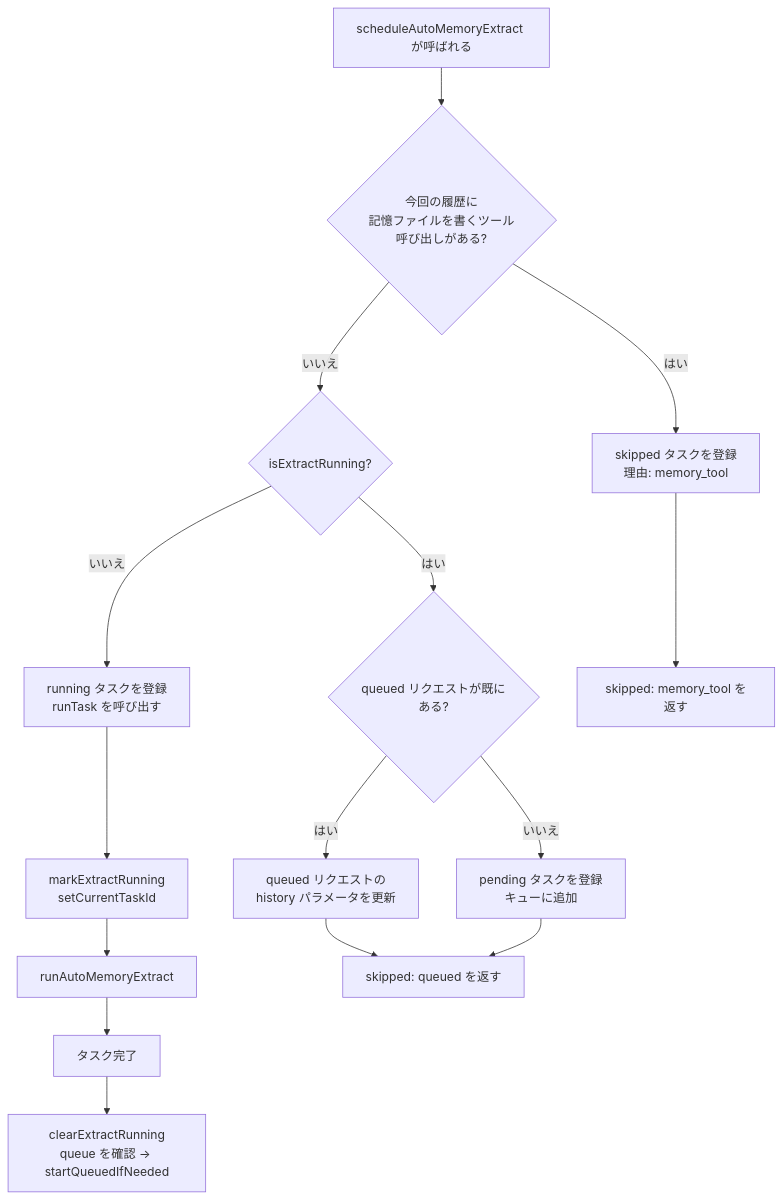
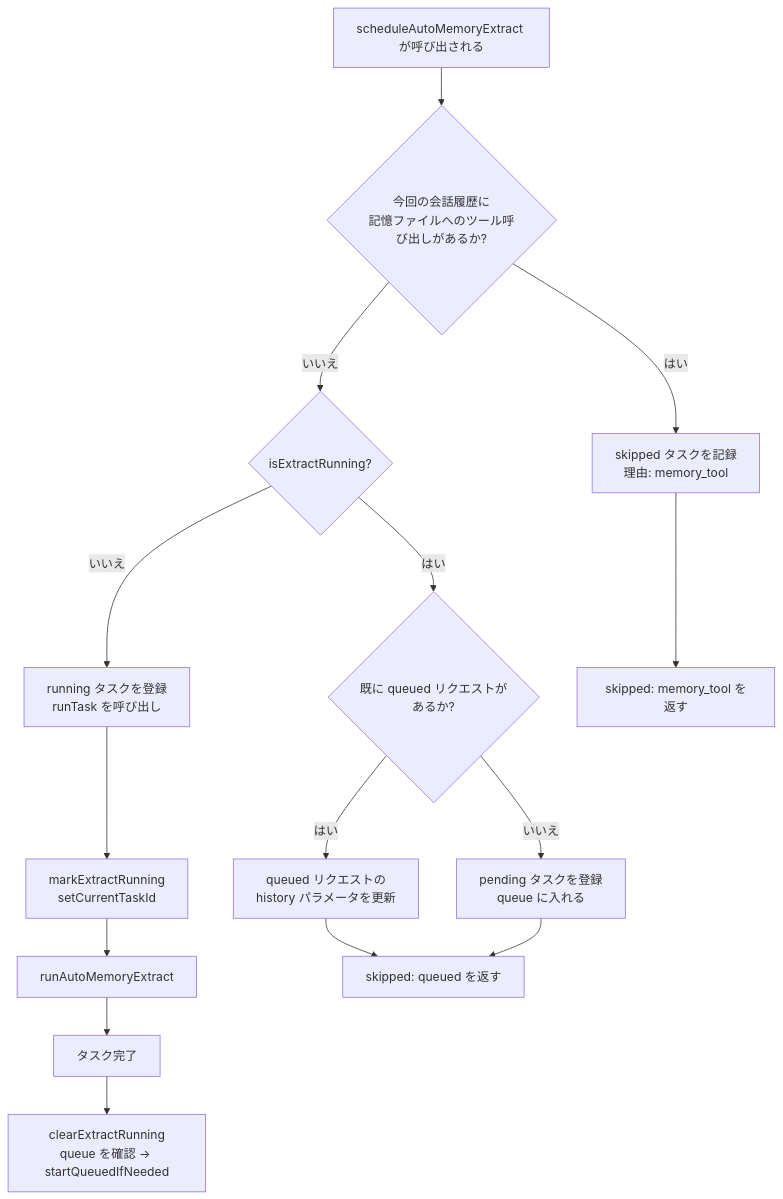
One commit to QwenLM/qwen-code-docs changed the second of 7 diagrams in website/content/ja/design/auto-memory/memory-system.md. Above: the diagram before and after it, drawn with Mermaid. The commit also changed other lines of this file and 1077 other files, not shown here.

````diff
--- a/website/content/ja/design/auto-memory/memory-system.md
+++ b/website/content/ja/design/auto-memory/memory-system.md
@@ -187,17 +188,17 @@
 ```mermaid
 flowchart TD
-    A[scheduleAutoMemoryExtract が呼ばれる] --> B{今回の履歴に\n記憶ファイルを書くツール呼び出しがある?}
-    B -- はい --> C[skipped タスクを登録\n理由: memory_tool]
+    A[scheduleAutoMemoryExtract が呼び出される] --> B{今回の会話履歴に\n記憶ファイルへのツール呼び出しがあるか?}
+    B -- はい --> C[skipped タスクを記録\n理由: memory_tool]
     B -- いいえ --> D{isExtractRunning?}
-    D -- はい --> E{queued リクエストが既にある?}
+    D -- はい --> E{既に queued リクエストがあるか?}
     E -- はい --> F[queued リクエストの\nhistory パラメータを更新]
-    E -- いいえ --> G[pending タスクを登録\nキューに追加]
-    D -- いいえ --> H[running タスクを登録\nrunTask を呼び出す]
+    E -- いいえ --> G[pending タスクを登録\nqueue に入れる]
+    D -- いいえ --> H[running タスクを登録\nrunTask を呼び出し]
     H --> I[markExtractRunning\nsetCurrentTaskId]
     I --> J[runAutoMemoryExtract]
     J --> K[タスク完了]
     K --> L[clearExtractRunning\nqueue を確認 → startQueuedIfNeeded]
     F --> M[skipped: queued を返す]
     G --> M
     C --> N[skipped: memory_tool を返す]
 ```
````
